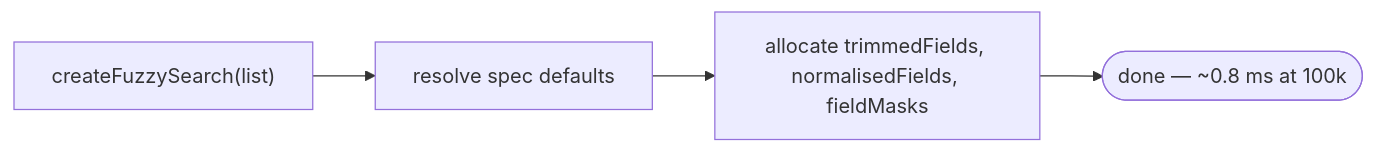
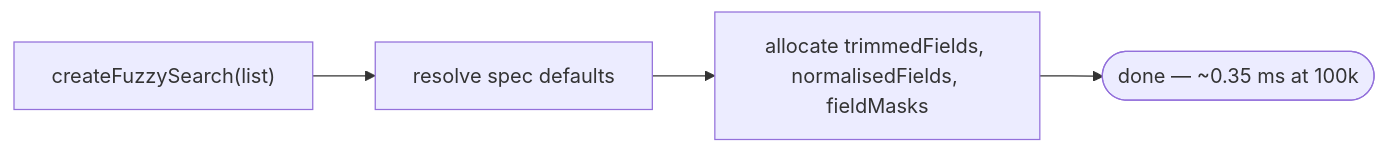
The first of 2 diagrams in docs/pipeline.md (MMMikeM/ekrina), drawn with Mermaid before and after one commit. The commit also changed other lines of this file and 2 other files, not shown here.

````diff
--- a/docs/pipeline.md
+++ b/docs/pipeline.md
@@ -11,6 +11,6 @@
 ```mermaid
 flowchart LR
     L["createFuzzySearch(list)"] --> S["resolve spec defaults"]
     S --> B["allocate trimmedFields, normalisedFields, fieldMasks"]
-    B --> D(["done — ~0.8 ms at 100k"])
+    B --> D(["done — ~0.35 ms at 100k"])
 ```
````
